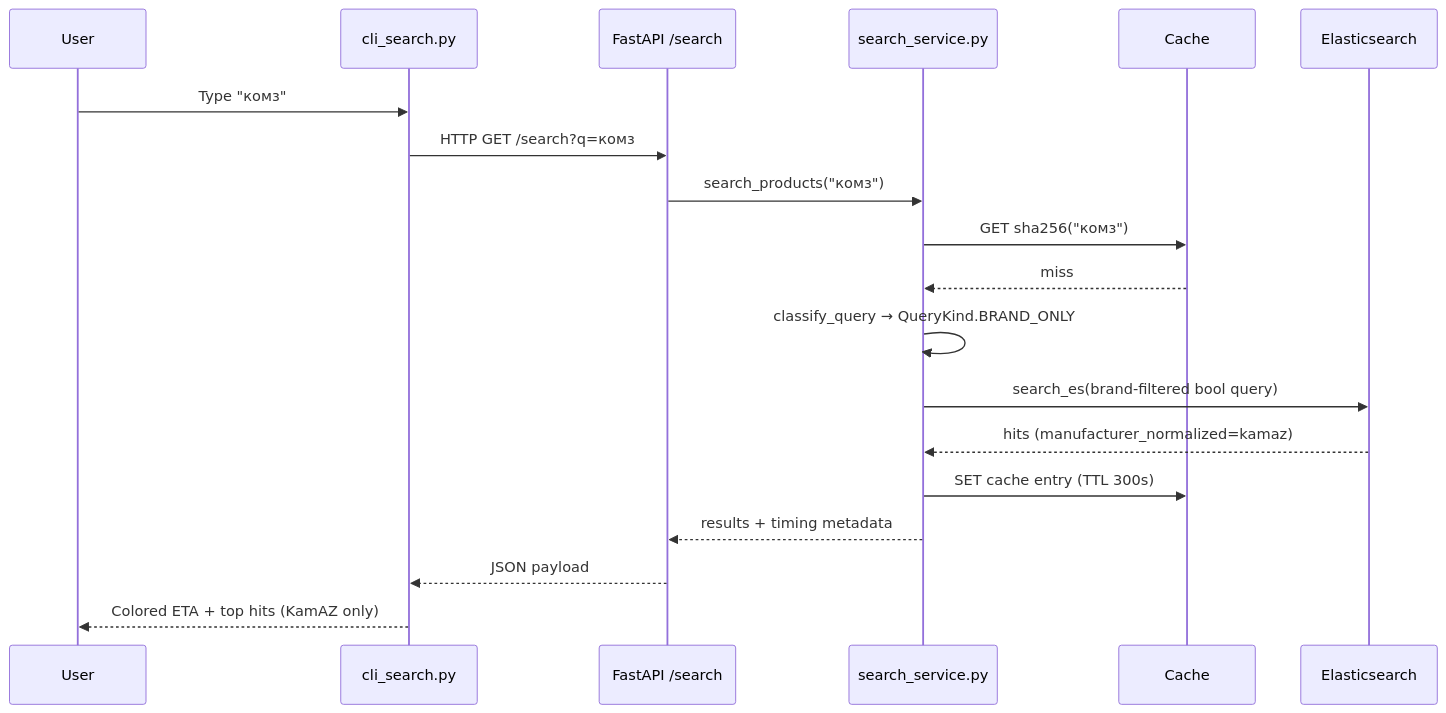
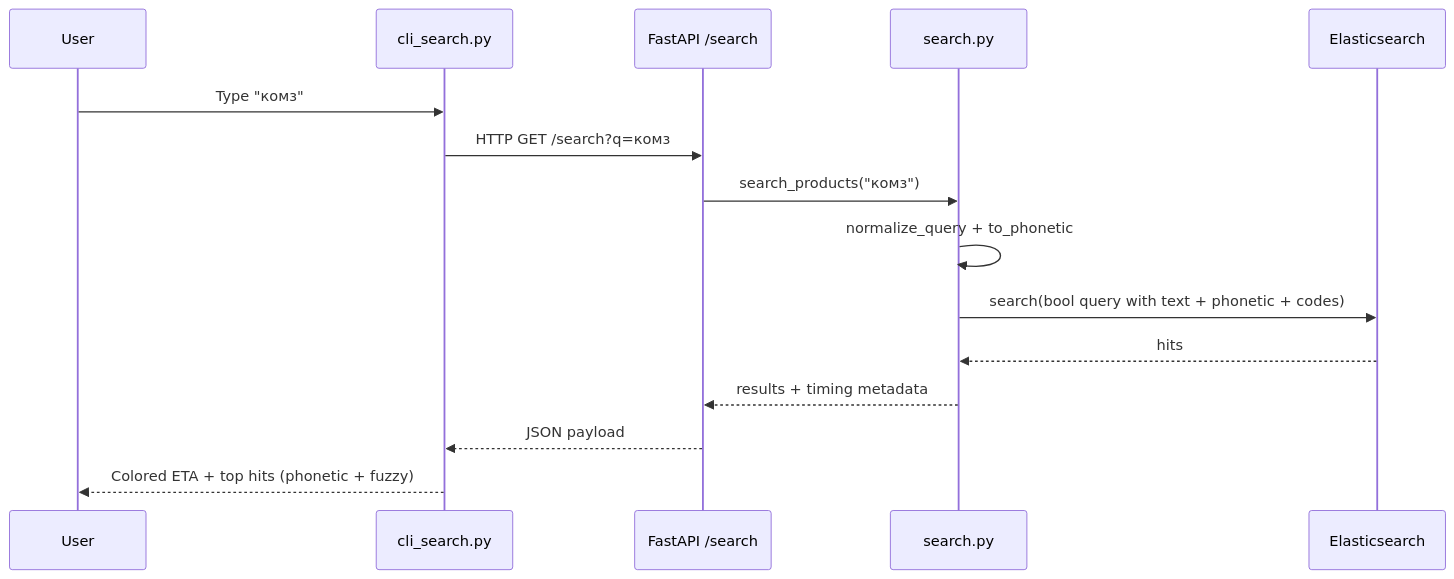
Before and after one commit to Red0Core/SearchSystem: the second of 2 diagrams in ARCHITECTURE.md, drawn with Mermaid. The commit also changed other lines of this file and 7 other files, not shown here.

````diff
--- a/ARCHITECTURE.md
+++ b/ARCHITECTURE.md
@@ -210,22 +165,18 @@
 ```mermaid
 sequenceDiagram
     participant User
     participant CLI as cli_search.py
     participant API as FastAPI /search
-    participant Service as search_service.py
-    participant Cache
+    participant Service as search.py
     participant ES as Elasticsearch
 
     User->>CLI: Type "комз"
     CLI->>API: HTTP GET /search?q=комз
     API->>Service: search_products("комз")
-    Service->>Cache: GET sha256("комз")
-    Cache-->>Service: miss
-    Service->>Service: classify_query → QueryKind.BRAND_ONLY
-    Service->>ES: search_es(brand-filtered bool query)
-    ES-->>Service: hits (manufacturer_normalized=kamaz)
-    Service->>Cache: SET cache entry (TTL 300s)
+    Service->>Service: normalize_query + to_phonetic
+    Service->>ES: search(bool query with text + phonetic + codes)
+    ES-->>Service: hits
     Service-->>API: results + timing metadata
     API-->>CLI: JSON payload
-    CLI-->>User: Colored ETA + top hits (KamAZ only)
+    CLI-->>User: Colored ETA + top hits (phonetic + fuzzy)
 ```
````
